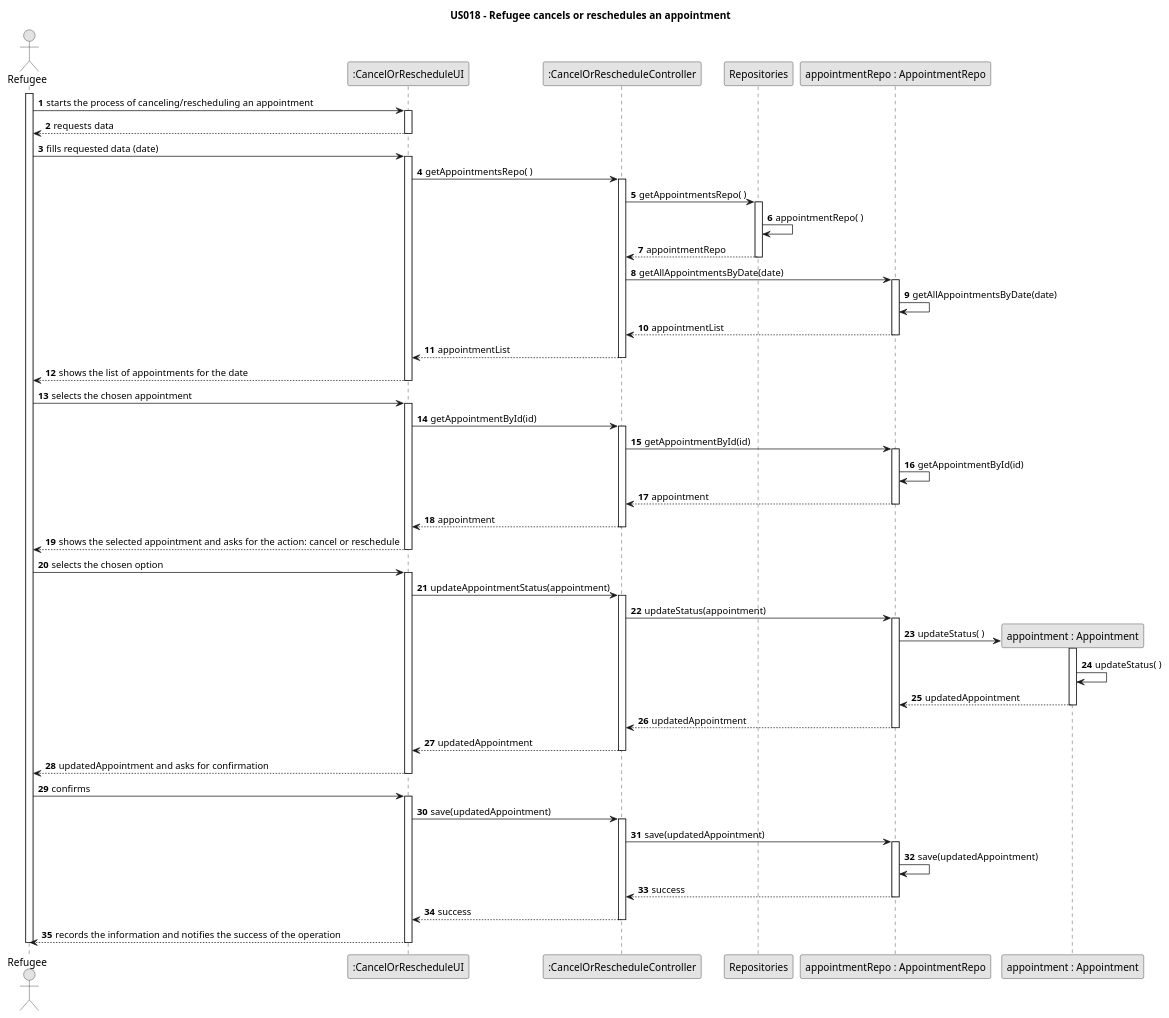
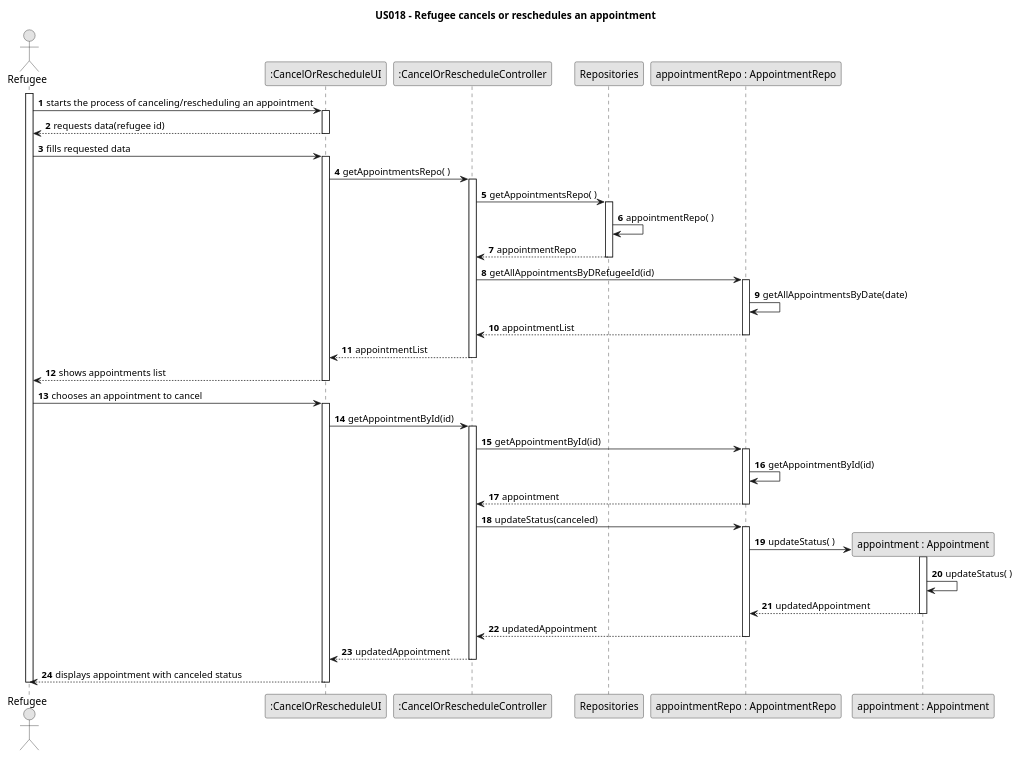
One commit to Chirano/GladlyGiven changed the diagram in javaSprint2GladlyGiven/Docs/UseCases/uc018/design/uc018-DesignDiagram.puml. Above: the diagram before and after it, drawn with PlantUML. The commit also changed 10 other files, not shown here.

```diff
--- a/javaSprint2GladlyGiven/Docs/UseCases/uc018/design/uc018-DesignDiagram.puml
+++ b/javaSprint2GladlyGiven/Docs/UseCases/uc018/design/uc018-DesignDiagram.puml
@@ -1,85 +1,64 @@
 @startuml
 skinparam monochrome true
 skinparam packageStyle rectangle
 skinparam shadowing false
 
 title US018 - Refugee cancels or reschedules an appointment
 
 autonumber
 
 actor Refugee as refugee
 participant ":CancelOrRescheduleUI" as ui
 participant ":CancelOrRescheduleController" as ctrl
 participant Repositories as repo
 participant "appointmentRepo : AppointmentRepo" as appRepo
 participant "appointment : Appointment" as app
 
 activate refugee
     refugee -> ui : starts the process of canceling/rescheduling an appointment
     activate ui
-        ui --> refugee : requests data
+        ui --> refugee : requests data(refugee id)
     deactivate ui
-    refugee -> ui : fills requested data (date)
+    refugee -> ui : fills requested data
     activate ui
         ui -> ctrl : getAppointmentsRepo( )
         activate ctrl
             ctrl -> repo : getAppointmentsRepo( )
             activate repo
                 repo -> repo : appointmentRepo( )
                 repo --> ctrl : appointmentRepo
             deactivate repo
-            ctrl -> appRepo : getAllAppointmentsByDate(date)
+            ctrl -> appRepo : getAllAppointmentsByDRefugeeId(id)
             activate appRepo
                 appRepo -> appRepo : getAllAppointmentsByDate(date)
                 appRepo --> ctrl : appointmentList
             deactivate appRepo
             ctrl --> ui : appointmentList
         deactivate ctrl
-        ui --> refugee : shows the list of appointments for the date
+        ui --> refugee : shows appointments list
     deactivate ui
-    refugee -> ui : selects the chosen appointment
+    refugee -> ui : chooses an appointment to cancel
     activate ui
         ui -> ctrl : getAppointmentById(id)
         activate ctrl
             ctrl -> appRepo : getAppointmentById(id)
             activate appRepo
                 appRepo -> appRepo : getAppointmentById(id)
                 appRepo --> ctrl : appointment
             deactivate appRepo
-            ctrl --> ui : appointment
-        deactivate ctrl
-        ui --> refugee : shows the selected appointment and asks for the action: cancel or reschedule
-    deactivate ui
-    refugee -> ui : selects the chosen option
-    activate ui
-        ui -> ctrl : updateAppointmentStatus(appointment)
-        activate ctrl
-            ctrl -> appRepo : updateStatus(appointment)
+            ctrl -> appRepo : updateStatus(canceled)
             activate appRepo
                 appRepo -> app** : updateStatus( )
                 activate app
                     app -> app : updateStatus( )
                     app --> appRepo : updatedAppointment
                 deactivate app
                 appRepo --> ctrl : updatedAppointment
             deactivate appRepo
             ctrl --> ui : updatedAppointment
         deactivate ctrl
-        ui --> refugee : updatedAppointment and asks for confirmation
-    deactivate ui
-    refugee -> ui : confirms
-    activate ui
-        ui -> ctrl : save(updatedAppointment)
-        activate ctrl
-            ctrl -> appRepo : save(updatedAppointment)
-            activate appRepo
-                appRepo -> appRepo : save(updatedAppointment)
-                appRepo --> ctrl : success
-            deactivate appRepo
-            ctrl --> ui : success
-        deactivate ctrl
-        ui --> refugee : records the information and notifies the success of the operation
+         ui --> refugee : displays appointment with canceled status
     deactivate ui
 deactivate refugee
 
 @enduml
```
